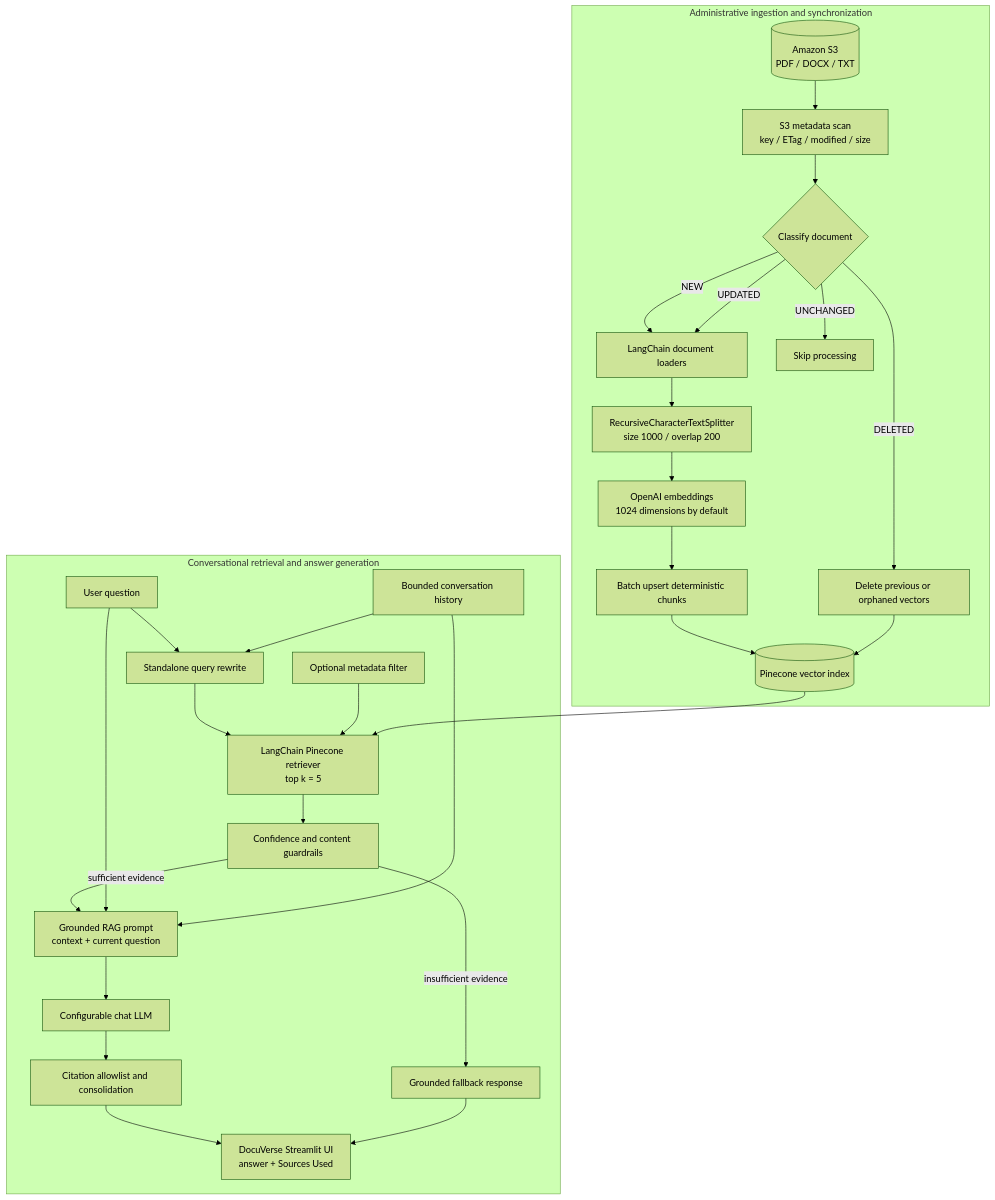
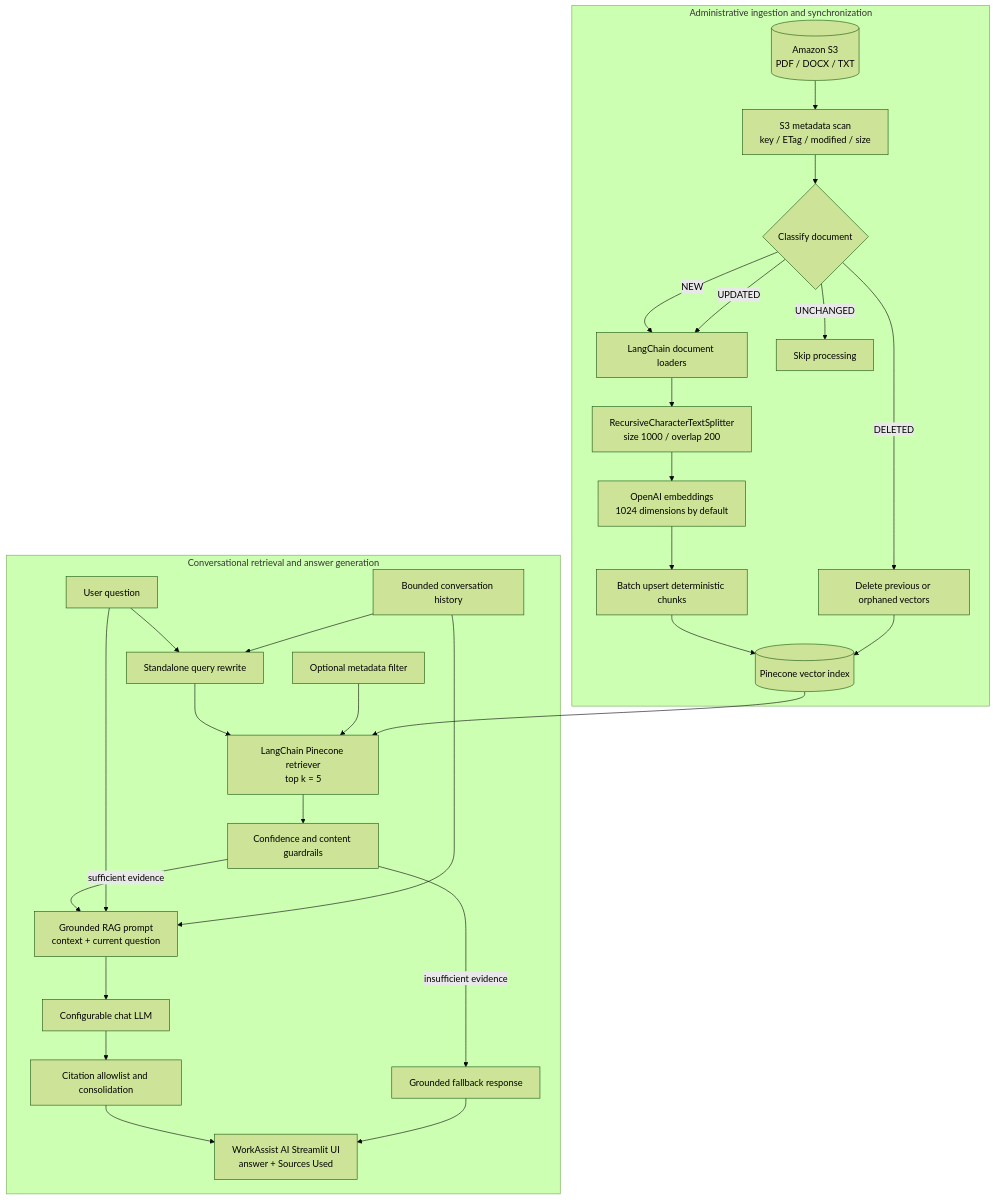
Before and after one commit to rajmohandp/WorkAssistAI: the diagram in README.md, drawn with Mermaid (forest theme). The commit also changed other lines of this file and 49 other files, not shown here.

Commit message:
Build WorkAssist AI employee support platform

````diff
--- a/README.md
+++ b/README.md
@@ -56,48 +56,48 @@
 ```mermaid
 flowchart TB
     subgraph Ingestion[Administrative ingestion and synchronization]
         S3[(Amazon S3<br/>PDF / DOCX / TXT)]
         Scan[S3 metadata scan<br/>key / ETag / modified / size]
         Classify{Classify document}
         Load[LangChain document loaders]
         Split[RecursiveCharacterTextSplitter<br/>size 1000 / overlap 200]
         Embed[OpenAI embeddings<br/>1024 dimensions by default]
         Delete[Delete previous or orphaned vectors]
         Upsert[Batch upsert deterministic chunks]
         Pinecone[(Pinecone vector index)]
 
         S3 --> Scan --> Classify
         Classify -->|NEW| Load
         Classify -->|UPDATED| Load
         Classify -->|UNCHANGED| Skip[Skip processing]
         Classify -->|DELETED| Delete
         Load --> Split --> Embed --> Upsert --> Pinecone
         Delete --> Pinecone
     end
 
     subgraph Query[Conversational retrieval and answer generation]
         User[User question]
         History[Bounded conversation history]
         Rewrite[Standalone query rewrite]
         Filter[Optional metadata filter]
         Retrieve[LangChain Pinecone retriever<br/>top k = 5]
         Confidence[Confidence and content guardrails]
         Prompt[Grounded RAG prompt<br/>context + current question]
         LLM[Configurable chat LLM]
         Citations[Citation allowlist and consolidation]
-        UI[DocuVerse Streamlit UI<br/>answer + Sources Used]
+        UI[WorkAssist AI Streamlit UI<br/>answer + Sources Used]
 
         User --> Rewrite
         History --> Rewrite
         Rewrite --> Retrieve
         Filter --> Retrieve
         Pinecone --> Retrieve
         Retrieve --> Confidence
         Confidence -->|sufficient evidence| Prompt
         Confidence -->|insufficient evidence| Fallback[Grounded fallback response]
         User --> Prompt
         History --> Prompt
         Prompt --> LLM --> Citations --> UI
         Fallback --> UI
     end
 ```
````
